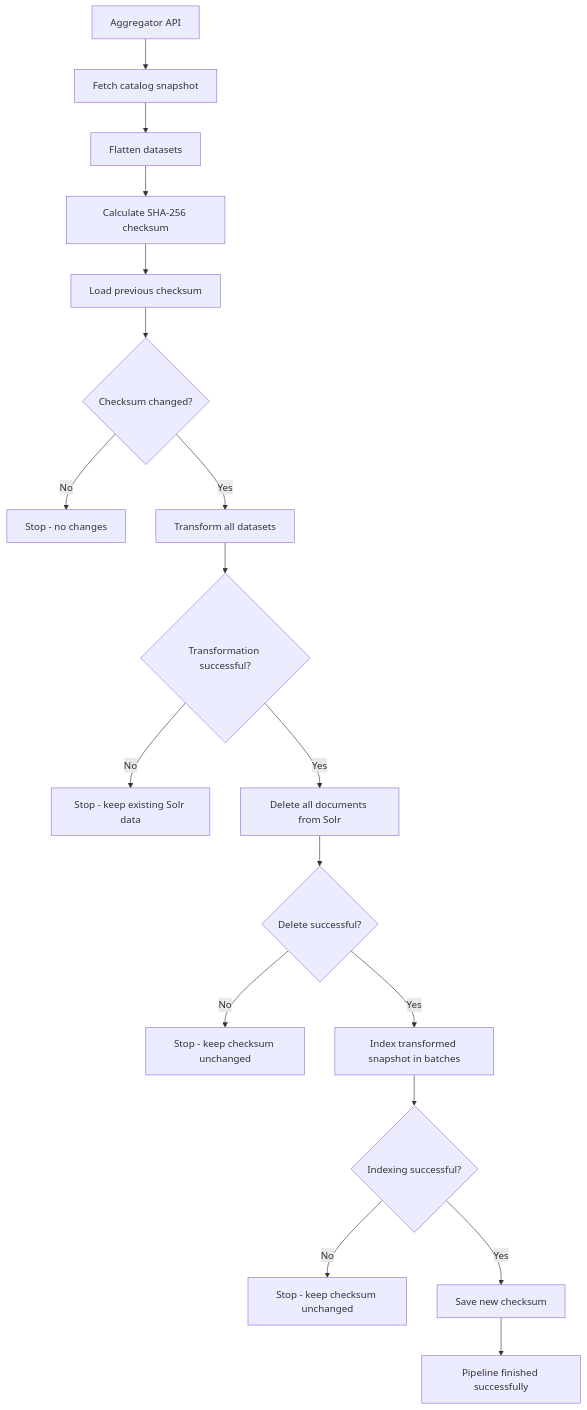
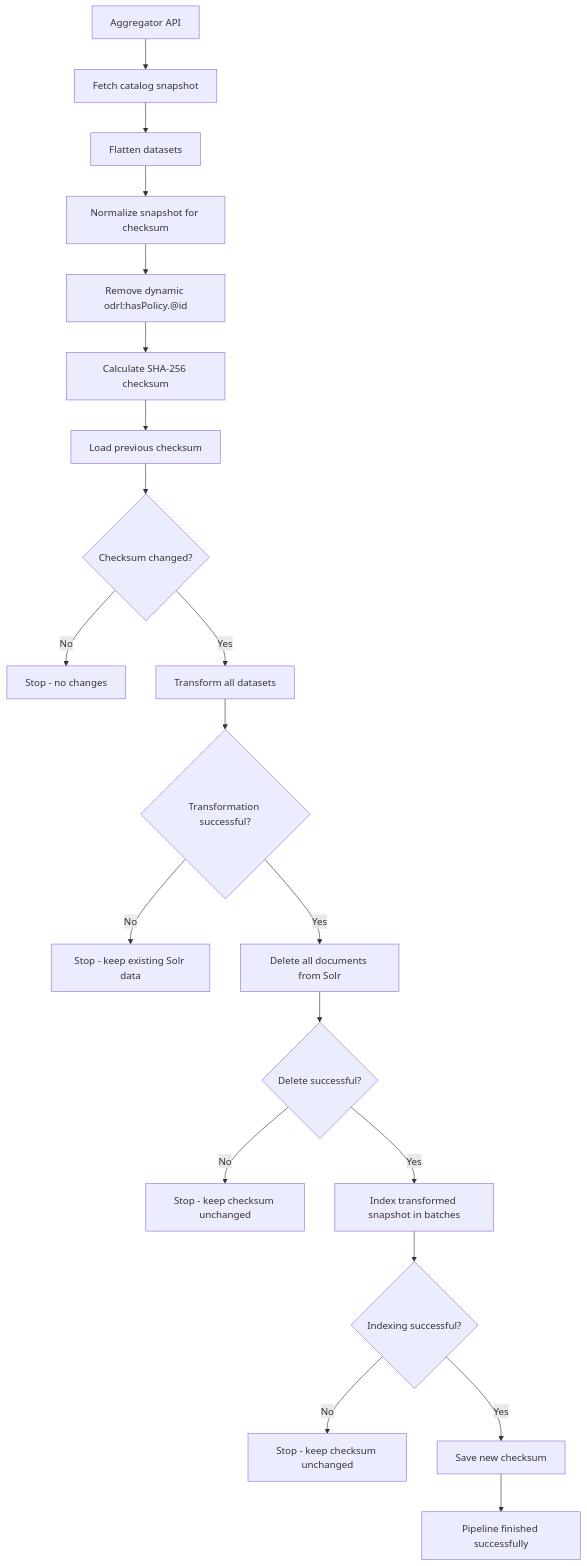
One commit to cyfronet-fid/transform-service changed the diagram in sage/README.md. Above: the diagram before and after it, drawn with Mermaid. The commit also changed other lines of this file and 10 other files, not shown here.

````diff
--- a/sage/README.md
+++ b/sage/README.md
@@ -47,28 +78,30 @@
 ```mermaid
 flowchart TD
     A[Aggregator API] --> B[Fetch catalog snapshot]
     B --> C[Flatten datasets]
-    C --> D[Calculate SHA-256 checksum]
-    D --> E[Load previous checksum]
-    E --> F{Checksum changed?}
+    C --> D[Normalize snapshot for checksum]
+    D --> E[Remove dynamic odrl:hasPolicy.@id]
+    E --> F[Calculate SHA-256 checksum]
+    F --> G[Load previous checksum]
+    G --> H{Checksum changed?}
 
-    F -->|No| G[Stop - no changes]
-    F -->|Yes| H[Transform all datasets]
+    H -->|No| I[Stop - no changes]
+    H -->|Yes| J[Transform all datasets]
 
-    H --> I{Transformation successful?}
+    J --> K{Transformation successful?}
 
-    I -->|No| J[Stop - keep existing Solr data]
-    I -->|Yes| K[Delete all documents from Solr]
+    K -->|No| L[Stop - keep existing Solr data]
+    K -->|Yes| M[Delete all documents from Solr]
 
-    K --> L{Delete successful?}
+    M --> N{Delete successful?}
 
-    L -->|No| M[Stop - keep checksum unchanged]
-    L -->|Yes| N[Index transformed snapshot in batches]
+    N -->|No| O[Stop - keep checksum unchanged]
+    N -->|Yes| P[Index transformed snapshot in batches]
 
-    N --> O{Indexing successful?}
+    P --> Q{Indexing successful?}
 
-    O -->|No| P[Stop - keep checksum unchanged]
-    O -->|Yes| Q[Save new checksum]
+    Q -->|No| R[Stop - keep checksum unchanged]
+    Q -->|Yes| S[Save new checksum]
 
-    Q --> R[Pipeline finished successfully]
+    S --> T[Pipeline finished successfully]
 ```
````
